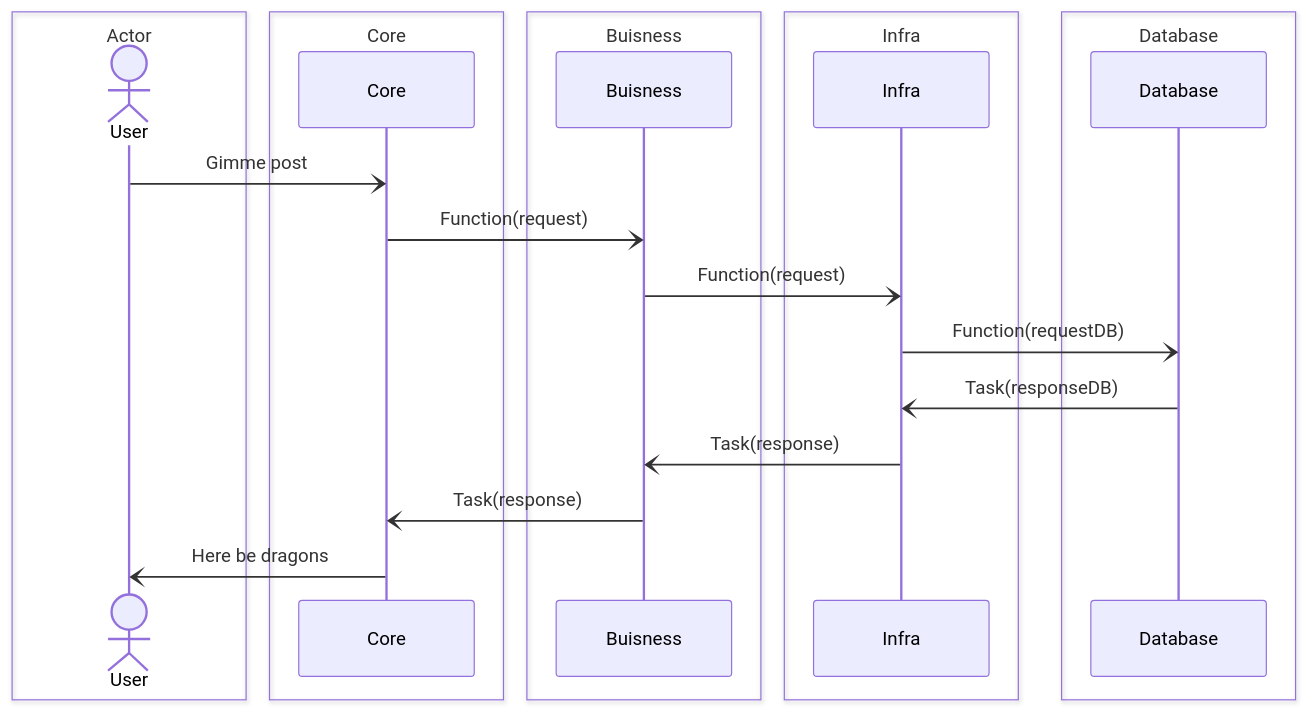
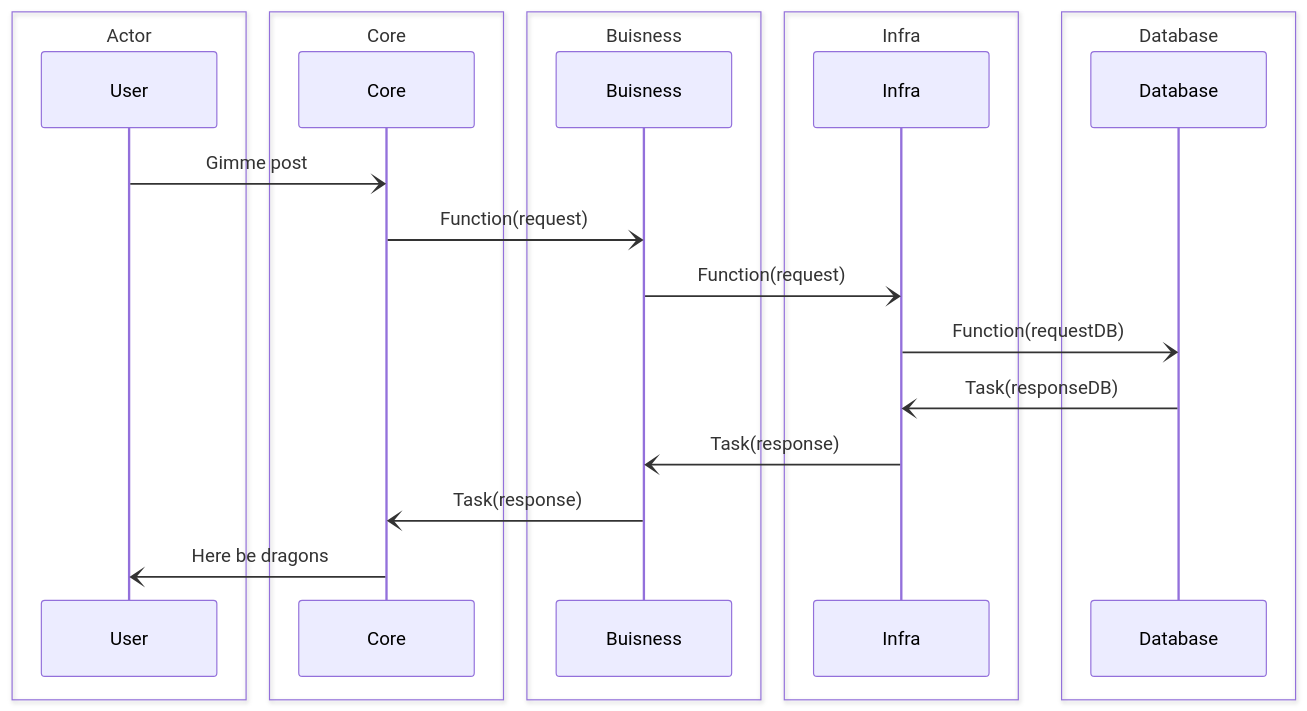
One commit to Str34kk/HBstack changed the first of 2 diagrams in README.md. Above: the diagram before and after it, drawn with Mermaid.

````diff
--- a/README.md
+++ b/README.md
@@ -16,26 +16,26 @@
 ```mermaid
 sequenceDiagram
     box Actor
-    Actor User
+    participant User
     end
     box Core
     participant Core
     end
     box Buisness
     participant Buisness
     end
     box Infra
     participant Infra
     end
     box Database
     participant Database
     end
     User-)Core: Gimme post
     Core-)Buisness: Function(request)
     Buisness-)Infra: Function(request)
     Infra-)Database: Function(requestDB)
     Database-)Infra: Task(responseDB)
     Infra-)Buisness: Task(response)
     Buisness-)Core: Task(response)
     Core-)User: Here be dragons
 ```
````
